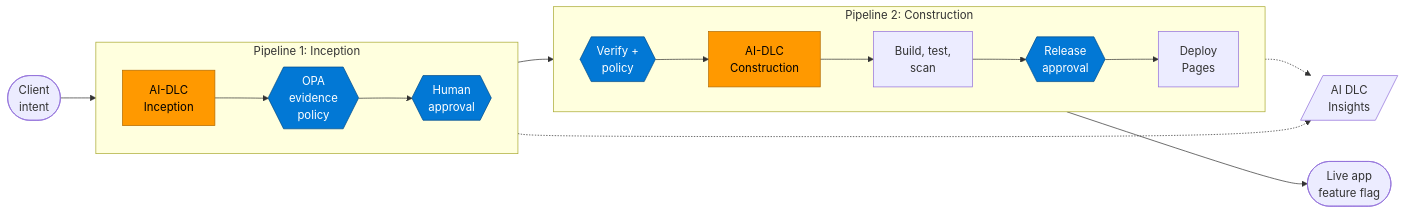
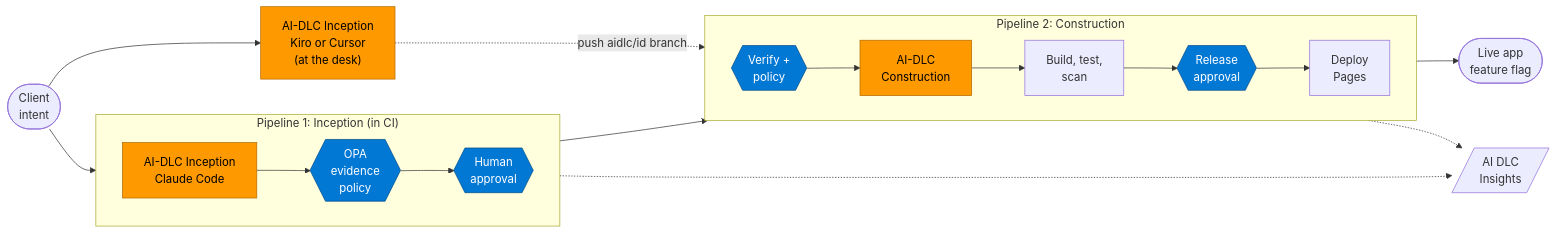
One commit to chieftechgirl/ai-dlc-demo-app changed the diagram in README.md. Above: the diagram before and after it, drawn with Mermaid. The commit also changed other lines of this file, not shown here.

Commit message:
Show Kiro and Cursor as interactive options in the flow diagram

````diff
--- a/README.md
+++ b/README.md
@@ -9,23 +9,27 @@
 ```mermaid
 flowchart LR
     I(["Client<br/>intent"]) --> A
 
-    subgraph P1["Pipeline 1: Inception"]
+    subgraph P1["Pipeline 1: Inception (in CI)"]
         direction LR
-        A["AI-DLC<br/>Inception"]:::aws --> B{{"OPA<br/>evidence<br/>policy"}}:::gov --> C{{"Human<br/>approval"}}:::gov
+        A["AI-DLC Inception<br/>Claude Code"]:::aws --> B{{"OPA<br/>evidence<br/>policy"}}:::gov --> C{{"Human<br/>approval"}}:::gov
     end
 
+    K["AI-DLC Inception<br/>Kiro or Cursor<br/>(at the desk)"]:::aws
+
+    I --> K
     C --> D
+    K -. "push aidlc/id branch" .-> D
 
     subgraph P2["Pipeline 2: Construction"]
         direction LR
         D{{"Verify +<br/>policy"}}:::gov --> E["AI-DLC<br/>Construction"]:::aws --> F["Build, test,<br/>scan"] --> G{{"Release<br/>approval"}}:::gov --> H["Deploy<br/>Pages"]
     end
 
     H --> L(["Live app<br/>feature flag"])
     A -.-> X[/"AI DLC<br/>Insights"/]
     E -.-> X
 
     classDef aws fill:#FF9900,stroke:#B36B00,color:#000
     classDef gov fill:#0278D5,stroke:#014B8A,color:#fff
 ```
````
